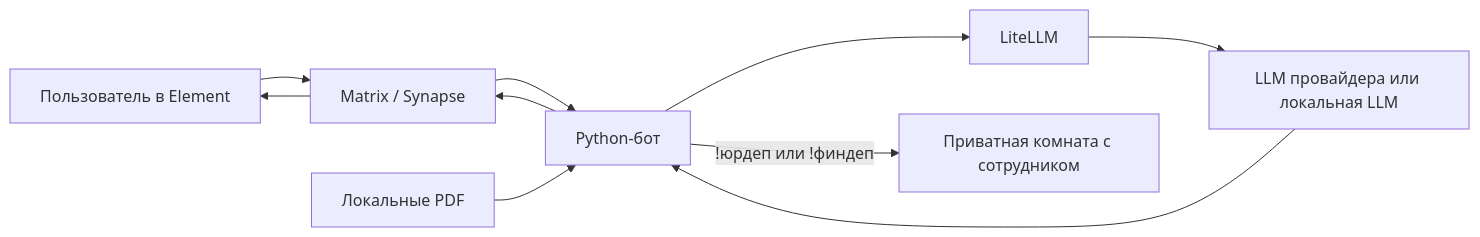
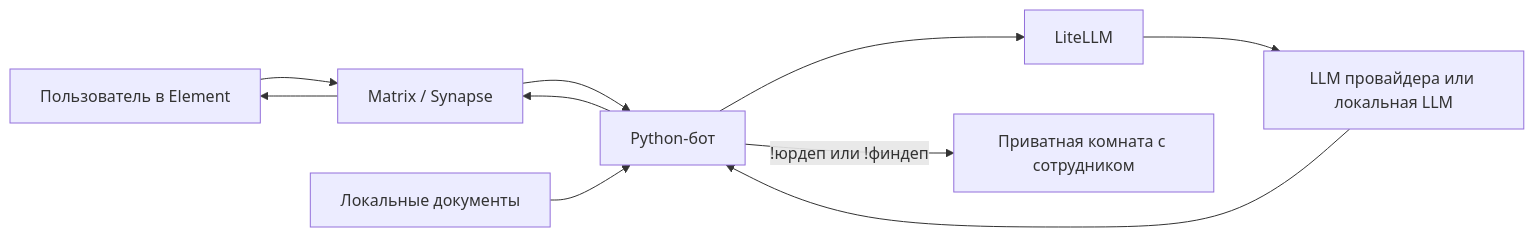
Before and after one commit to oelsq/sts-matrix-support: the diagram in README.md, drawn with Mermaid. The commit also changed other lines of this file and 52 other files, not shown here.

````diff
--- a/README.md
+++ b/README.md
@@ -14,12 +14,12 @@
 ```mermaid
 flowchart LR
     User[Пользователь в Element] --> Matrix[Matrix / Synapse]
     Matrix --> Bot[Python-бот]
-    PDF[Локальные PDF] --> Bot
+    PDF[Локальные документы] --> Bot
     Bot --> Gateway[LiteLLM]
     Gateway --> Model[LLM провайдера или локальная LLM]
     Model --> Bot
     Bot --> Matrix
     Matrix --> User
     Bot -->|!юрдеп или !финдеп| Human[Приватная комната с сотрудником]
 ```
````
